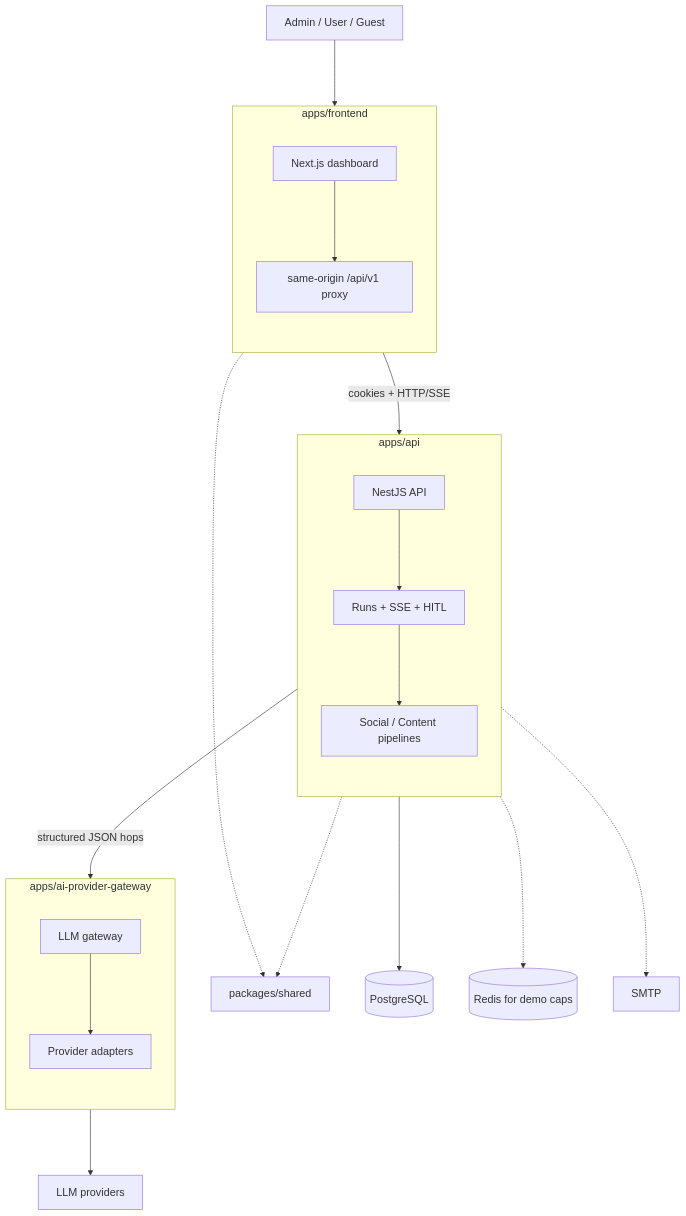
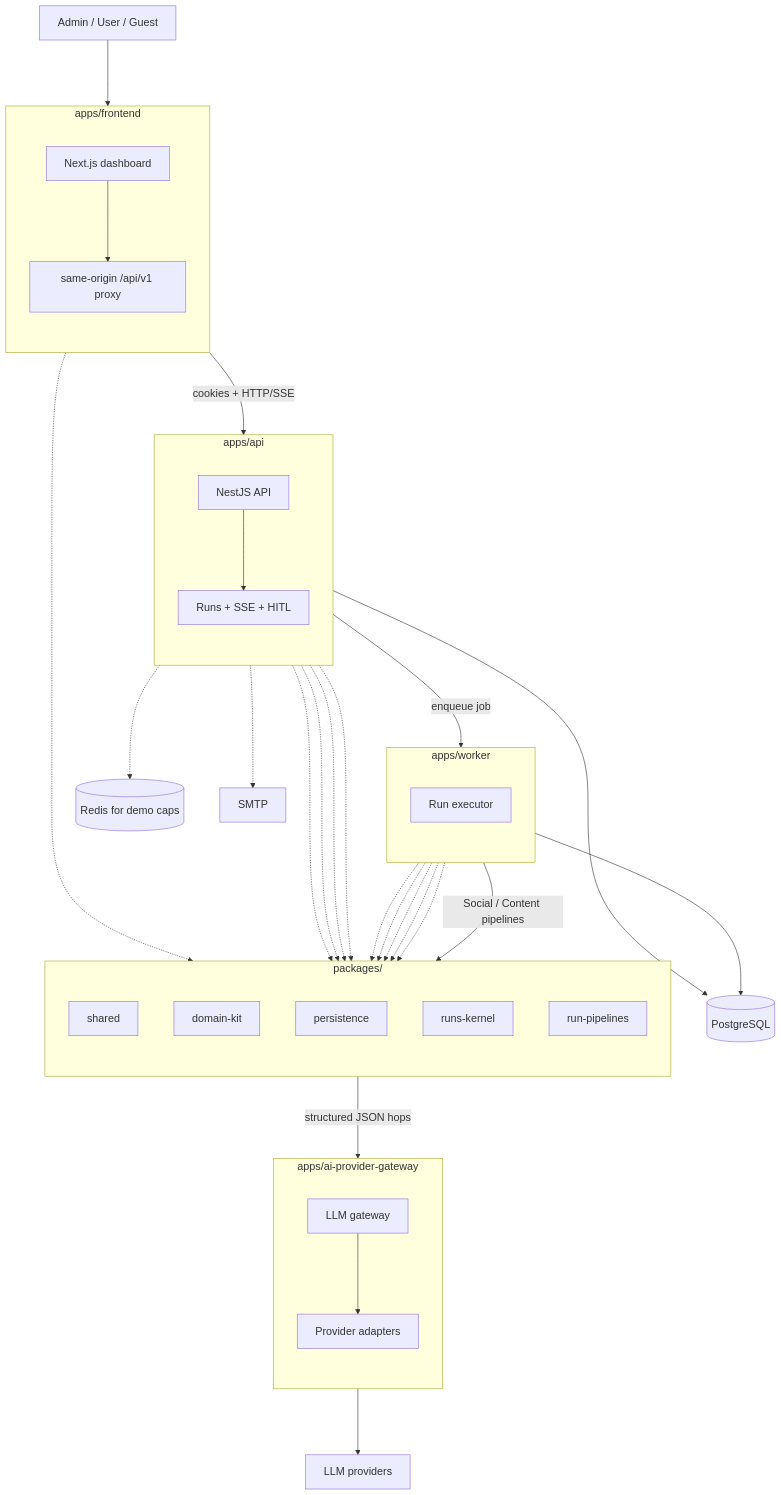
The first of 4 diagrams in README.md (matej2314/content-chain), drawn with Mermaid before and after one commit. The commit also changed other lines of this file and 4 other files, not shown here.

````diff
--- a/README.md
+++ b/README.md
@@ -66,47 +71,69 @@
 ```mermaid
 %%{init: {"themeVariables": {"fontSize": "18px"}, "flowchart": {"nodeSpacing": 60, "rankSpacing": 110}}}%%
 flowchart TD
   User["Admin / User / Guest"]
 
   subgraph Frontend["apps/frontend"]
     direction TB
     FE["Next.js dashboard"]
     BFF["same-origin /api/v1 proxy"]
   end
 
   subgraph Backend["apps/api"]
     direction TB
     API["NestJS API"]
     Runs["Runs + SSE + HITL"]
-    Agents["Social / Content pipelines"]
+  end
+
+  subgraph WorkerApp["apps/worker"]
+    direction TB
+    Worker["Run executor"]
   end
 
   subgraph Gateway["apps/ai-provider-gateway"]
     direction TB
     GW["LLM gateway"]
     Providers["Provider adapters"]
   end
 
-  Shared["packages/shared"]
+  subgraph Packages["packages/"]
+    direction TB
+    Shared["shared"]
+    DomainKit["domain-kit"]
+    Persistence["persistence"]
+    RunsKernel["runs-kernel"]
+    RunPipelines["run-pipelines"]
+  end
+
   DB[(PostgreSQL)]
   Redis[(Redis for demo caps)]
   SMTP["SMTP"]
   Vendors["LLM providers"]
 
   User --> FE
   FE --> BFF
   BFF -->|"cookies + HTTP/SSE"| API
   API --> Runs
-  Runs --> Agents
-  Agents -->|"structured JSON hops"| GW
+  Runs -->|"enqueue job"| Worker
+  Worker -->|"Social / Content pipelines"| RunPipelines
+  RunPipelines -->|"structured JSON hops"| GW
   GW --> Providers
   Providers --> Vendors
   API --> DB
+  Worker --> DB
   API -.-> Redis
   API -.-> SMTP
   FE -.-> Shared
   API -.-> Shared
+  API -.-> DomainKit
+  API -.-> Persistence
+  API -.-> RunsKernel
+  Worker -.-> Shared
+  Worker -.-> DomainKit
+  Worker -.-> Persistence
+  Worker -.-> RunsKernel
+  Worker -.-> RunPipelines
 
   classDef largeText font-size:18px
-  class User,FE,BFF,API,Runs,Agents,GW,Providers,Shared,DB,Redis,SMTP,Vendors largeText
+  class User,FE,BFF,API,Runs,Worker,GW,Providers,Shared,DomainKit,Persistence,RunsKernel,RunPipelines,DB,Redis,SMTP,Vendors largeText
 ```
````
